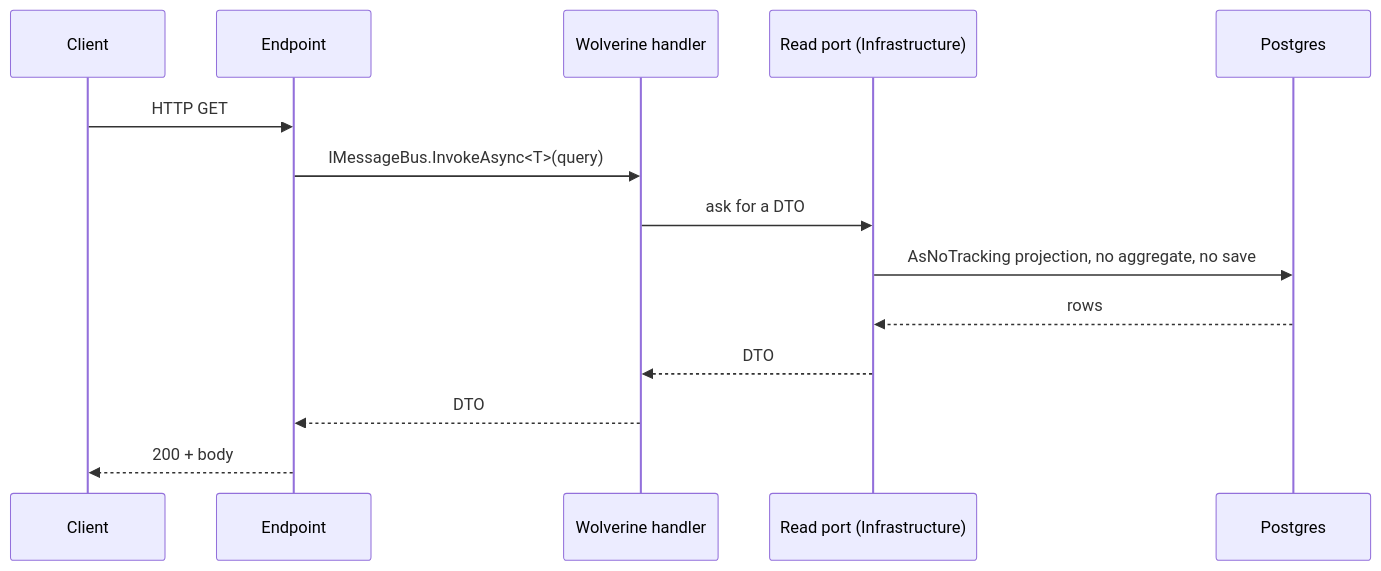
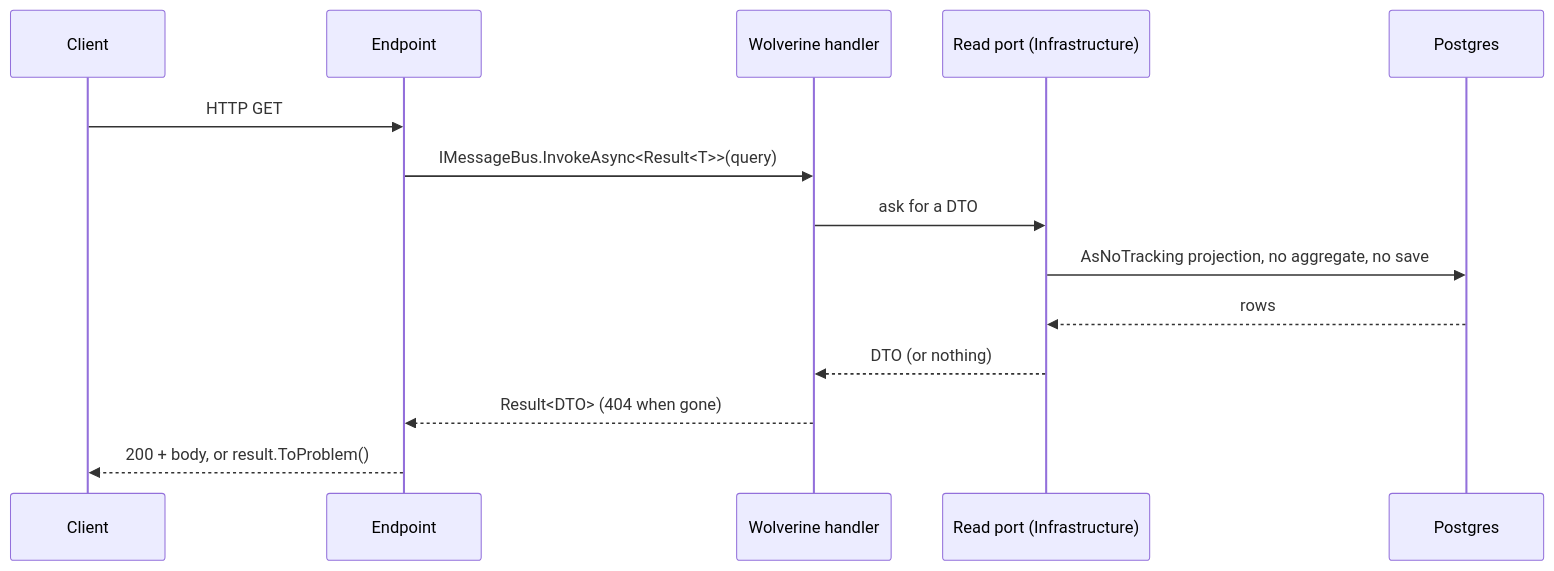
One commit to MathiasHilgert/frappe-api changed the third of 3 diagrams in README.md. Above: the diagram before and after it, drawn with Mermaid. The commit also changed other lines of this file and 7 other files, not shown here.

First line of the commit message:
docs: move conventions into docs/ and keep the README to quickstart and architecture

````diff
--- a/README.md
+++ b/README.md
@@ -99,16 +104,16 @@
 ```mermaid
 sequenceDiagram
     participant C as Client
     participant E as Endpoint
     participant H as Wolverine handler
     participant R as Read port (Infrastructure)
     participant DB as Postgres
     C->>E: HTTP GET
-    E->>H: IMessageBus.InvokeAsync<T>(query)
+    E->>H: IMessageBus.InvokeAsync<Result<T>>(query)
     H->>R: ask for a DTO
     R->>DB: AsNoTracking projection, no aggregate, no save
     DB-->>R: rows
-    R-->>H: DTO
-    H-->>E: DTO
-    E-->>C: 200 + body
+    R-->>H: DTO (or nothing)
+    H-->>E: Result<DTO> (404 when gone)
+    E-->>C: 200 + body, or result.ToProblem()
 ```
````
